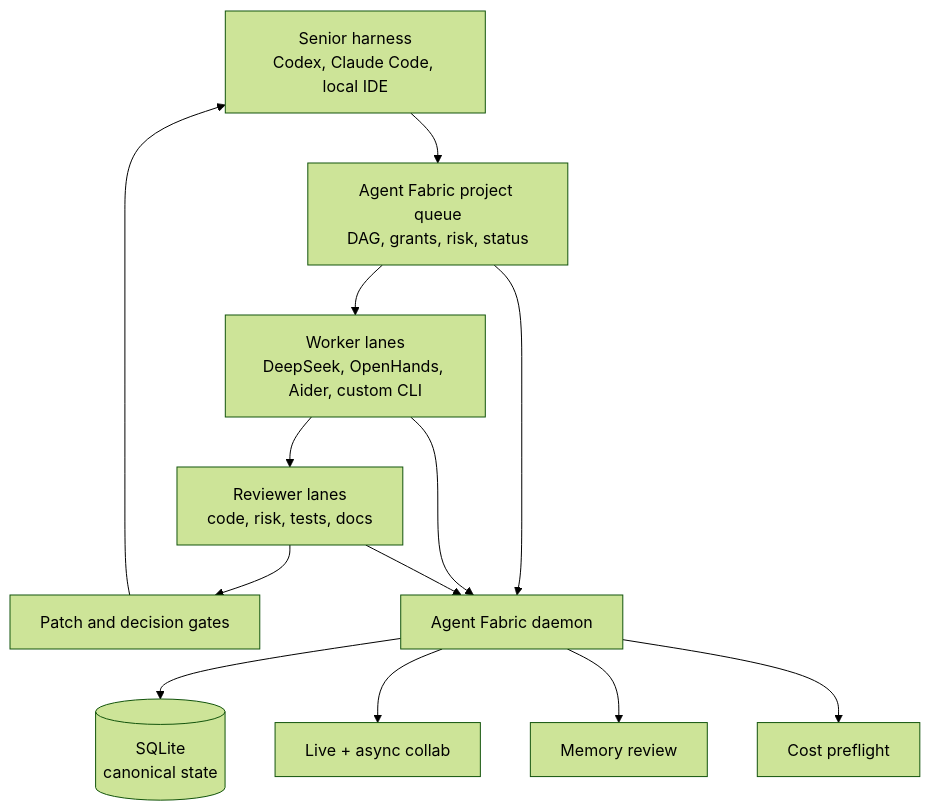
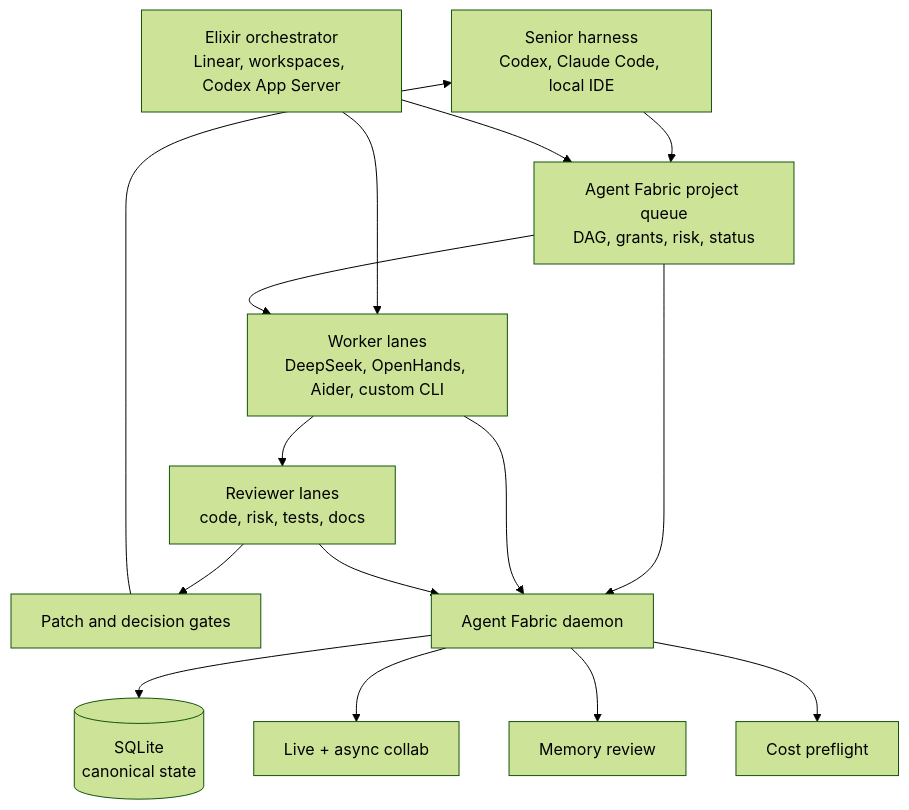
One commit to ramigamalrihawi/agent-fabric changed the diagram in README.md. Above: the diagram before and after it, drawn with Mermaid (forest theme). The commit also changed other lines of this file and 49 other files, not shown here.

Commit message:
Add Elixir orchestrator preview

````diff
--- a/README.md
+++ b/README.md
@@ -113,26 +114,29 @@
 ```mermaid
 flowchart TD
   Supervisor["Senior harness\nCodex, Claude Code, local IDE"]
+  Elixir["Elixir orchestrator\nLinear, workspaces, Codex App Server"]
   Queue["Agent Fabric project queue\nDAG, grants, risk, status"]
   Workers["Worker lanes\nDeepSeek, OpenHands, Aider, custom CLI"]
   Reviewers["Reviewer lanes\ncode, risk, tests, docs"]
   Gate["Patch and decision gates"]
   Daemon["Agent Fabric daemon"]
   Store[("SQLite\ncanonical state")]
   Collab["Live + async collab"]
   Memory["Memory review"]
   Cost["Cost preflight"]
 
   Supervisor --> Queue
+  Elixir --> Queue
+  Elixir --> Workers
   Queue --> Workers
   Workers --> Reviewers
   Reviewers --> Gate
   Gate --> Supervisor
   Queue --> Daemon
   Workers --> Daemon
   Reviewers --> Daemon
   Daemon --> Store
   Daemon --> Collab
   Daemon --> Memory
   Daemon --> Cost
 ```
````
